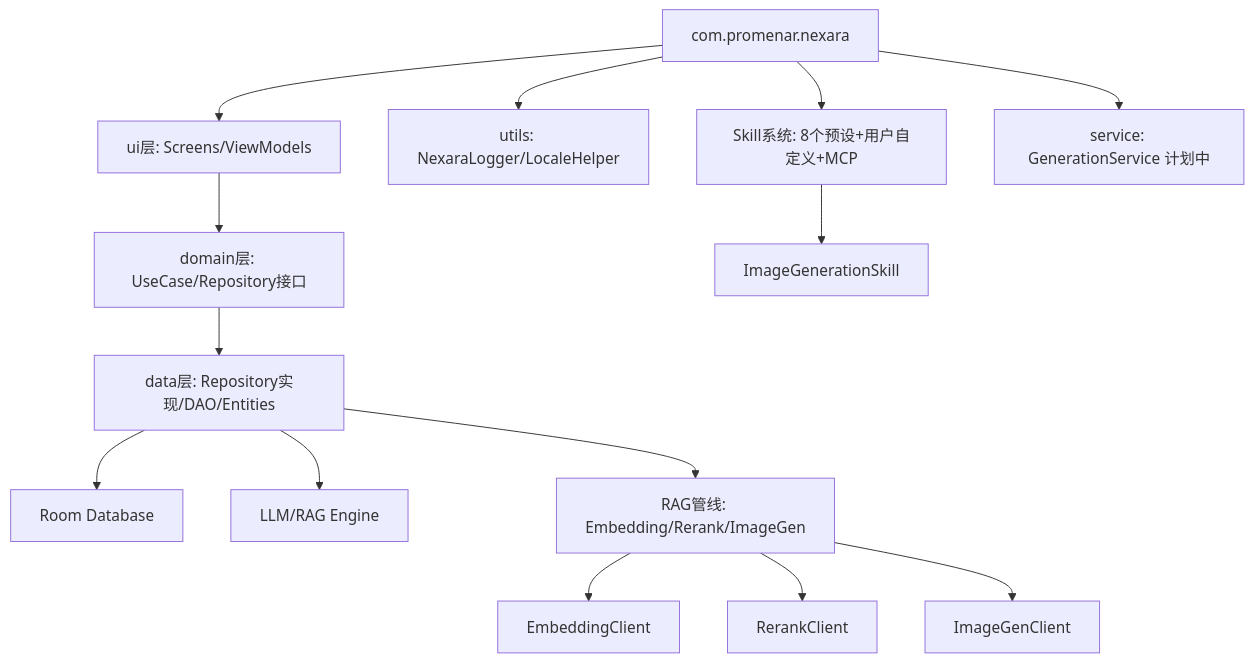
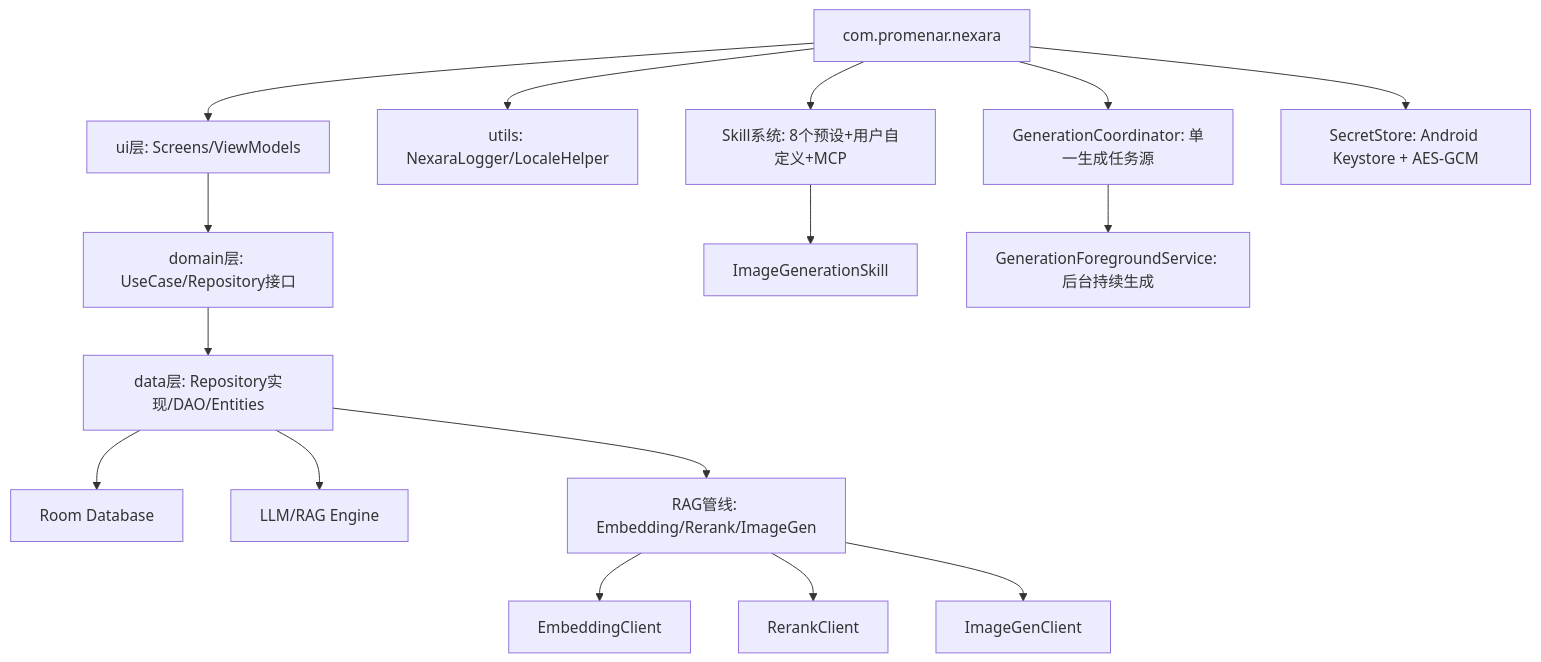
One commit to Promenar/Nexara changed the diagram in docs/ARCHITECTURE.md. Above: the diagram before and after it, drawn with Mermaid. The commit also changed other lines of this file and 212 other files, not shown here.

````diff
--- a/docs/ARCHITECTURE.md
+++ b/docs/ARCHITECTURE.md
@@ -10,16 +10,18 @@
 ```mermaid
 graph TD
     App[com.promenar.nexara] --> UI[ui层: Screens/ViewModels]
     UI --> Domain[domain层: UseCase/Repository接口]
     Domain --> Data[data层: Repository实现/DAO/Entities]
     Data --> DB[Room Database]
     Data --> LLM[LLM/RAG Engine]
     Data --> RAG[RAG管线: Embedding/Rerank/ImageGen]
     RAG --> Embed[EmbeddingClient]
     RAG --> Rerank[RerankClient]
     RAG --> ImageGen[ImageGenClient]
     App --> Utils[utils: NexaraLogger/LocaleHelper]
     App --> Skills[Skill系统: 8个预设+用户自定义+MCP]
     Skills --> ImageSkill[ImageGenerationSkill]
-    App --> Service[service: GenerationService 计划中]
+    App --> Coordinator[GenerationCoordinator: 单一生成任务源]
+    Coordinator --> Service[GenerationForegroundService: 后台持续生成]
+    App --> Secrets[SecretStore: Android Keystore + AES-GCM]
 ```
````
